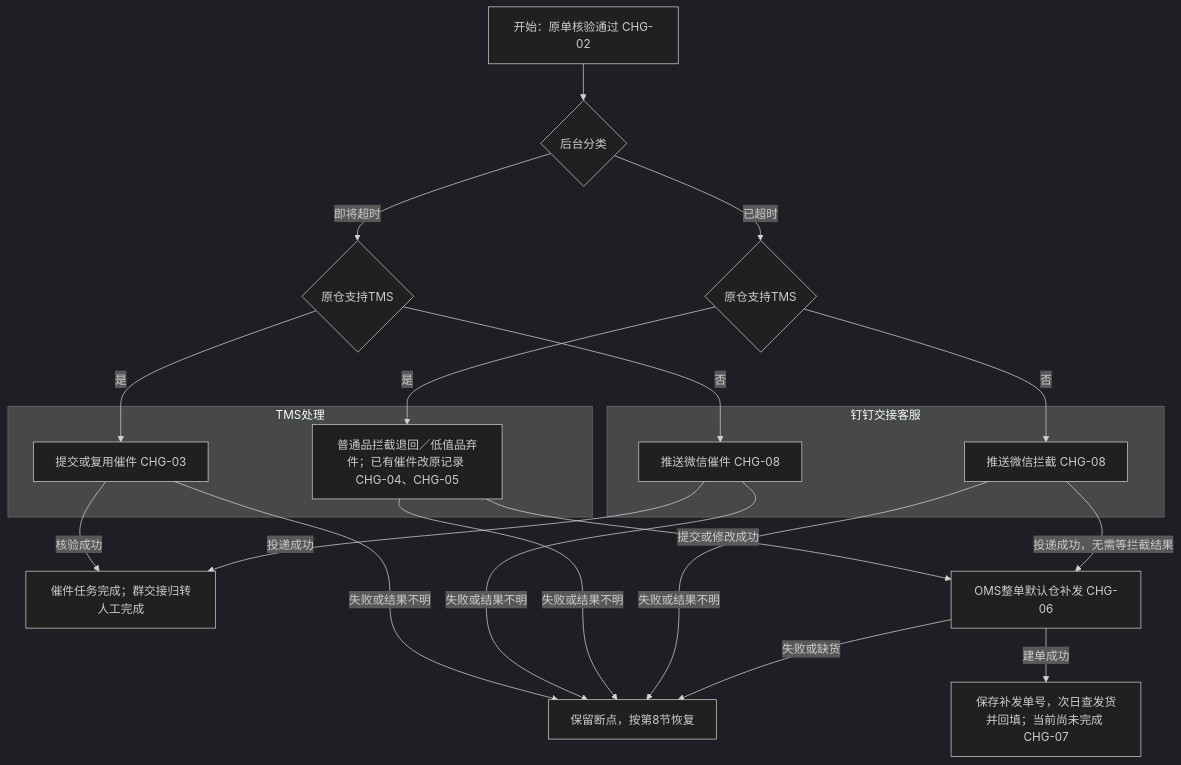
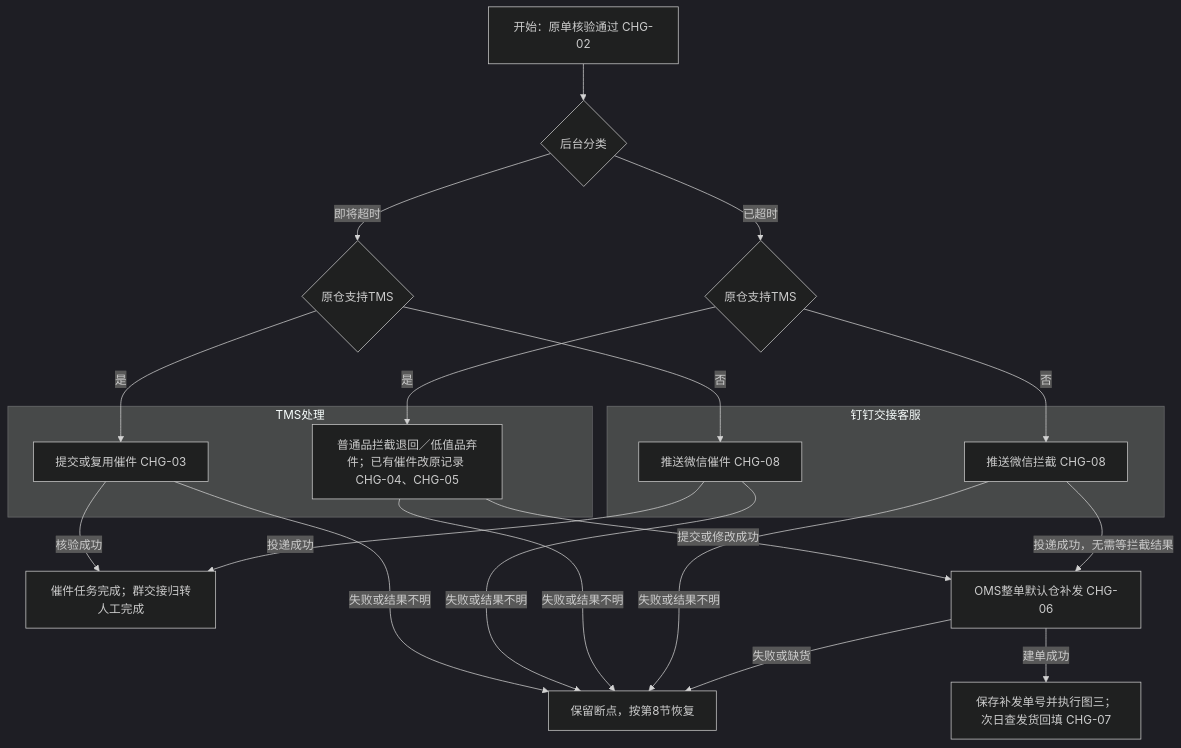
Before and after one commit to dtingyoung123-stack/xianma-work: the second of 3 diagrams in logistics-monitor/v1/淘工厂物流监控Agent_V1.0_PRD.md, drawn with Mermaid (dark theme). The commit also changed other lines of this file and 3 other files, not shown here.

````diff
--- a/logistics-monitor/v1/淘工厂物流监控Agent_V1.0_PRD.md
+++ b/logistics-monitor/v1/淘工厂物流监控Agent_V1.0_PRD.md
@@ -123,28 +124,28 @@
 ```mermaid
 flowchart TD
     A["开始：原单核验通过 CHG-02"] --> B{"后台分类"}
     B -- "即将超时" --> C{"原仓支持TMS"}
     B -- "已超时" --> D{"原仓支持TMS"}
     subgraph T["TMS处理"]
         E["提交或复用催件 CHG-03"]
         F["普通品拦截退回／低值品弃件；已有催件改原记录 CHG-04、CHG-05"]
     end
     subgraph M["钉钉交接客服"]
         G["推送微信催件 CHG-08"]
         H["推送微信拦截 CHG-08"]
     end
     C -- "是" --> E
     C -- "否" --> G
     E -- "核验成功" --> I["催件任务完成；群交接归转人工完成"]
     G -- "投递成功" --> I
     D -- "是" --> F
     D -- "否" --> H
     F -- "提交或修改成功" --> J["OMS整单默认仓补发 CHG-06"]
     H -- "投递成功，无需等拦截结果" --> J
-    J -- "建单成功" --> K["保存补发单号，次日查发货并回填；当前尚未完成 CHG-07"]
+    J -- "建单成功" --> K["保存补发单号并执行图三；次日查发货回填 CHG-07"]
     E -- "失败或结果不明" --> X["保留断点，按第8节恢复"]
     G -- "失败或结果不明" --> X
     F -- "失败或结果不明" --> X
     H -- "失败或结果不明" --> X
     J -- "失败或缺货" --> X
 ```
````
